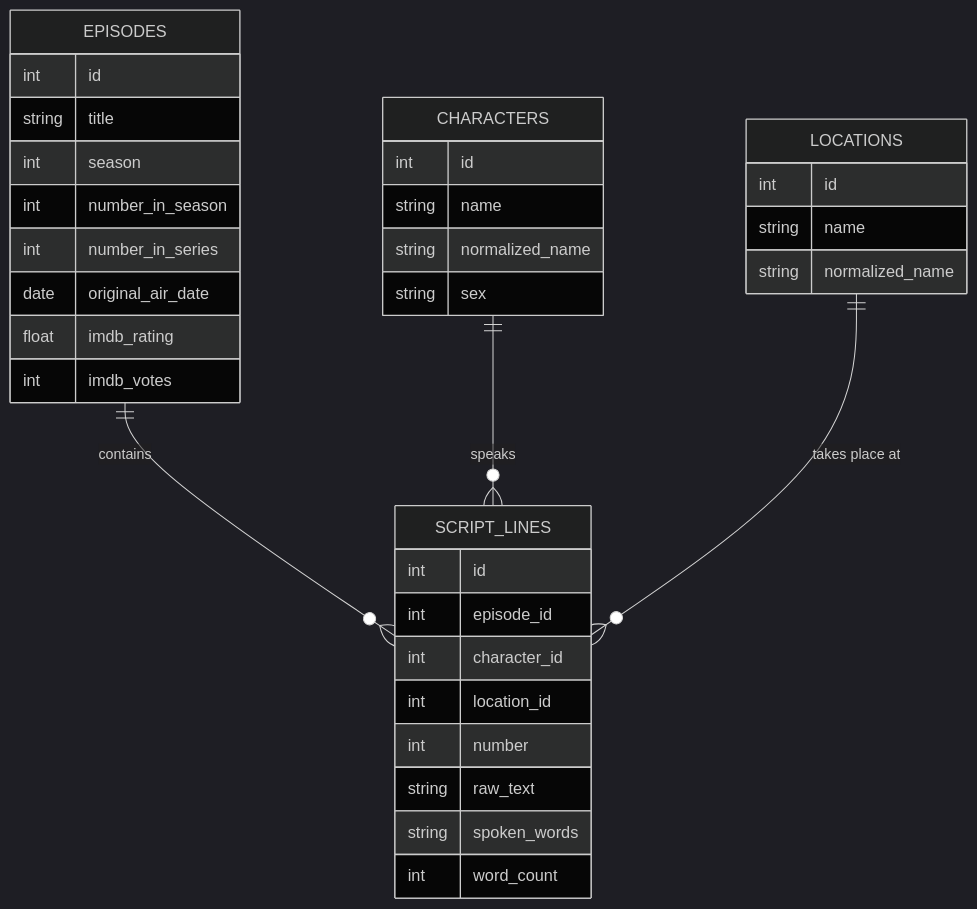
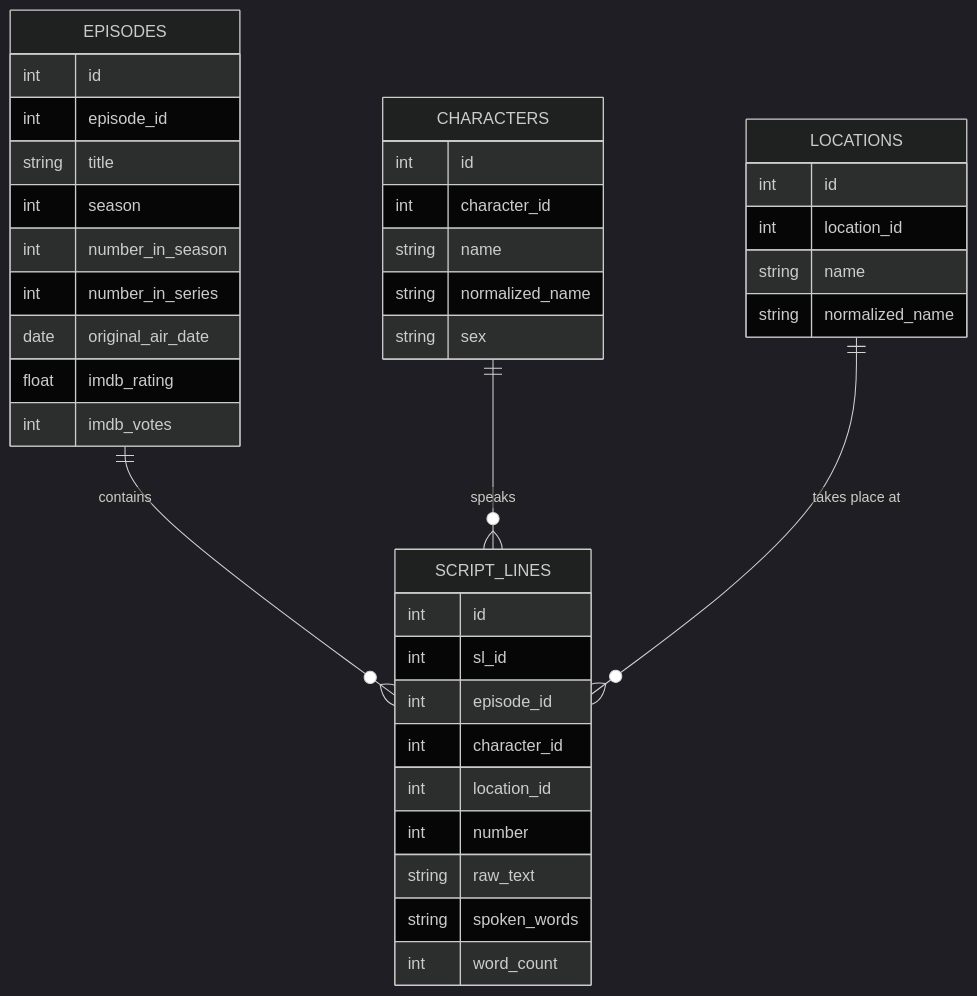
One commit to bartzwemmer/testdata changed the diagram in README.md. Above: the diagram before and after it, drawn with Mermaid (dark theme). The commit also changed other lines of this file and 17 other files, not shown here.

````diff
--- a/README.md
+++ b/README.md
@@ -10,41 +10,45 @@
 ```mermaid
 erDiagram
     EPISODES ||--o{ SCRIPT_LINES : "contains"
     CHARACTERS ||--o{ SCRIPT_LINES : "speaks"
     LOCATIONS ||--o{ SCRIPT_LINES : "takes place at"
 
     EPISODES {
         int id
+        int episode_id
         string title
         int season
         int number_in_season
         int number_in_series
         date original_air_date
         float imdb_rating
         int imdb_votes
     }
 
     CHARACTERS {
         int id
+        int character_id
         string name
         string normalized_name
         string sex
     }
 
     LOCATIONS {
         int id
+        int location_id
         string name
         string normalized_name
     }
 
     SCRIPT_LINES {
         int id
+        int sl_id
         int episode_id
         int character_id
         int location_id
         int number
         string raw_text
         string spoken_words
         int word_count
     }
 ```
````
